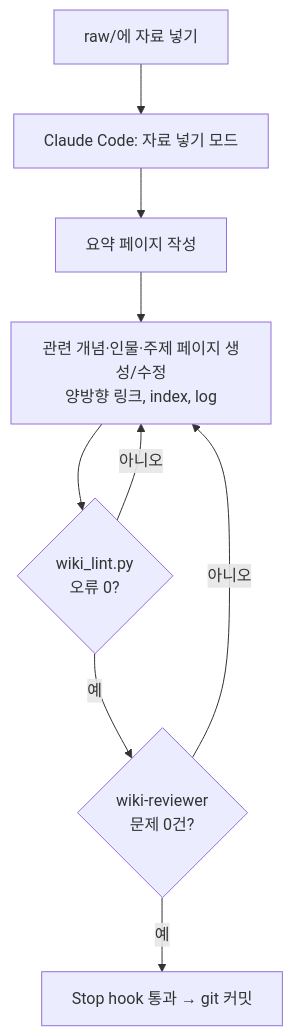
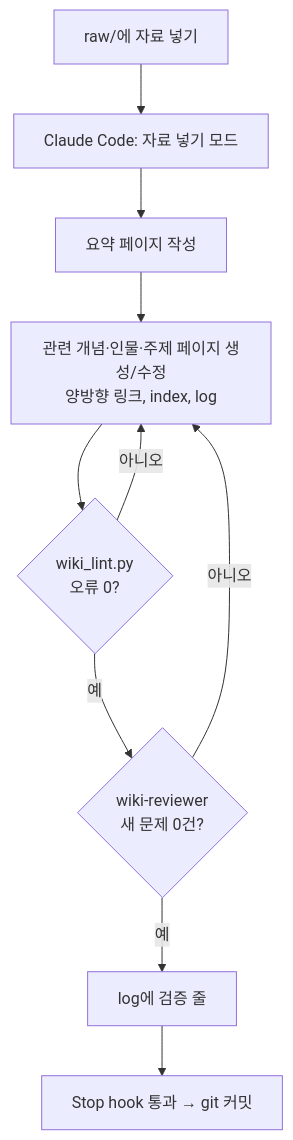
The diagram in README.md (tgYun783/llm-wiki-template), drawn with Mermaid before and after one commit. The commit also changed other lines of this file and 1 other file, not shown here.

Commit message:
README: 스킬·rules·hook 4개 구조 반영, 시작하기 순서 정리 / 예시 source_url

````diff
--- a/README.md
+++ b/README.md
@@ -24,11 +25,12 @@
 ```mermaid
 flowchart TD
     A[raw/에 자료 넣기] --> B[Claude Code: 자료 넣기 모드]
     B --> C[요약 페이지 작성]
     C --> D[관련 개념·인물·주제 페이지 생성/수정<br/>양방향 링크, index, log]
     D --> E{wiki_lint.py<br/>오류 0?}
     E -- 아니오 --> D
-    E -- 예 --> F{wiki-reviewer<br/>문제 0건?}
+    E -- 예 --> F{wiki-reviewer<br/>새 문제 0건?}
     F -- 아니오 --> D
-    F -- 예 --> G[Stop hook 통과 → git 커밋]
+    F -- 예 --> H[log에 검증 줄]
+    H --> G[Stop hook 통과 → git 커밋]
 ```
````
